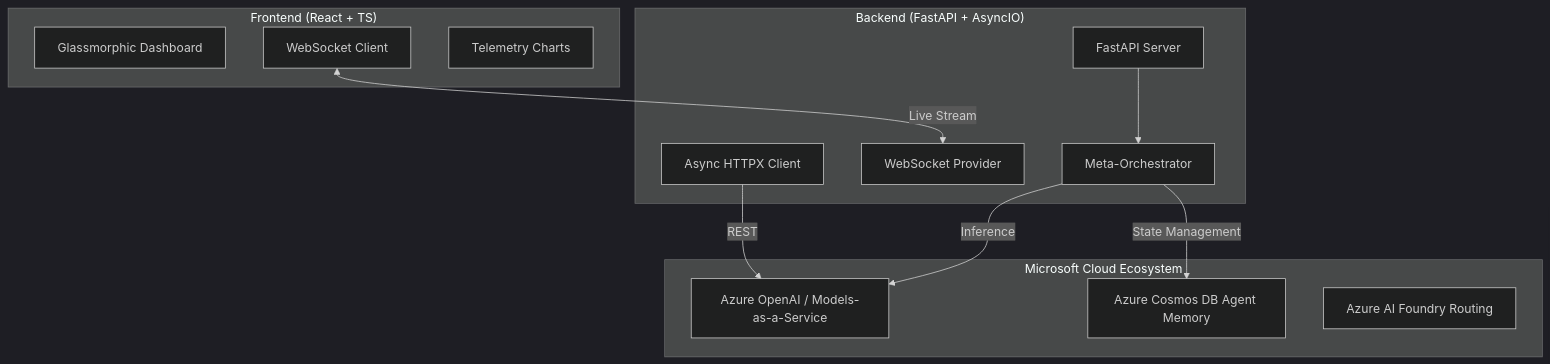
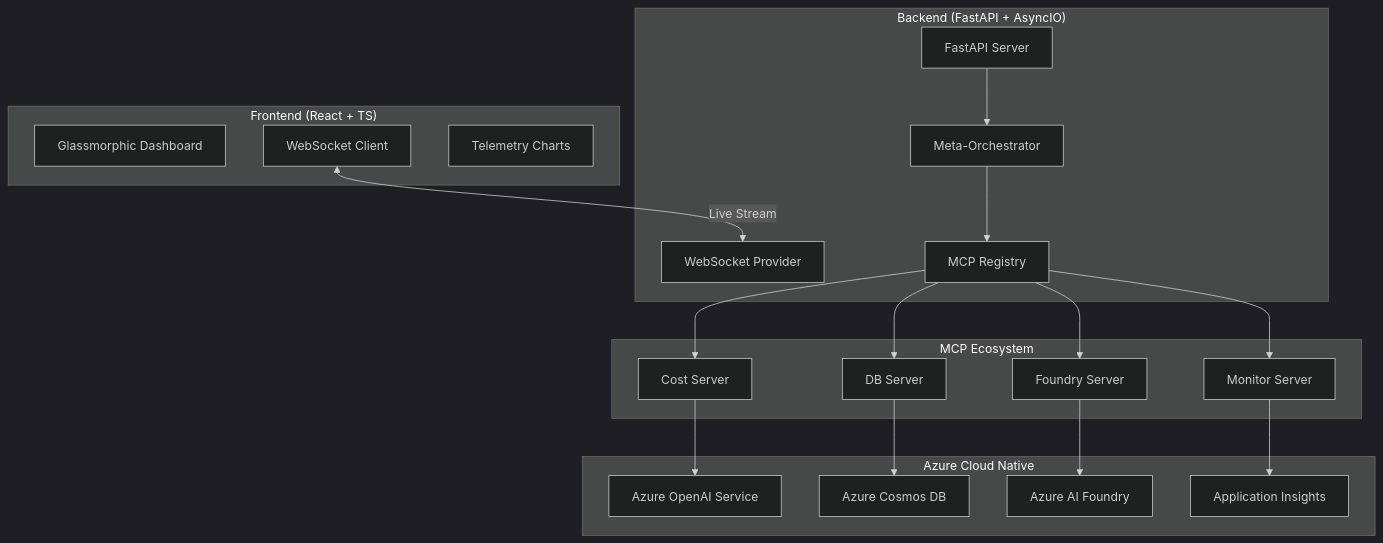
Before and after one commit to koopatroopa787/APEX-2.0: the diagram in README.md, drawn with Mermaid (dark theme). The commit also changed other lines of this file, not shown here.

Commit message:
docs: overhaul README with MCP and Azure details

````diff
--- a/README.md
+++ b/README.md
@@ -20,27 +20,38 @@
 ```mermaid
 graph TD
     subgraph "Frontend (React + TS)"
         UI[Glassmorphic Dashboard]
         WS_Client[WebSocket Client]
         Recharts[Telemetry Charts]
     end
 
     subgraph "Backend (FastAPI + AsyncIO)"
         API[FastAPI Server]
         Orch[Meta-Orchestrator]
         WS_Server[WebSocket Provider]
-        LLM_Client[Async HTTPX Client]
+        MCP_Reg[MCP Registry]
     end
 
-    subgraph "Microsoft Cloud Ecosystem"
-        Azure_OpenAI[Azure OpenAI / Models-as-a-Service]
-        Cosmos[Azure Cosmos DB Agent Memory]
-        Foundry[Azure AI Foundry Routing]
+    subgraph "MCP Ecosystem"
+        MCP_Foundry[Foundry Server]
+        MCP_Monitor[Monitor Server]
+        MCP_Cost[Cost Server]
+        MCP_DB[DB Server]
+    end
+
+    subgraph "Azure Cloud Native"
+        Azure_OpenAI[Azure OpenAI Service]
+        Cosmos[Azure Cosmos DB]
+        Foundry_API[Azure AI Foundry]
+        Insights[Application Insights]
     end
 
     WS_Client <-->|Live Stream| WS_Server
     API --> Orch
-    Orch -->|Inference| Azure_OpenAI
-    Orch -->|State Management| Cosmos
-    LLM_Client -->|REST| Azure_OpenAI
+    Orch --> MCP_Reg
+    MCP_Reg --> MCP_Foundry & MCP_Monitor & MCP_Cost & MCP_DB
+    MCP_Foundry --> Foundry_API
+    MCP_Monitor --> Insights
+    MCP_Cost --> Azure_OpenAI
+    MCP_DB --> Cosmos
 ```
````
